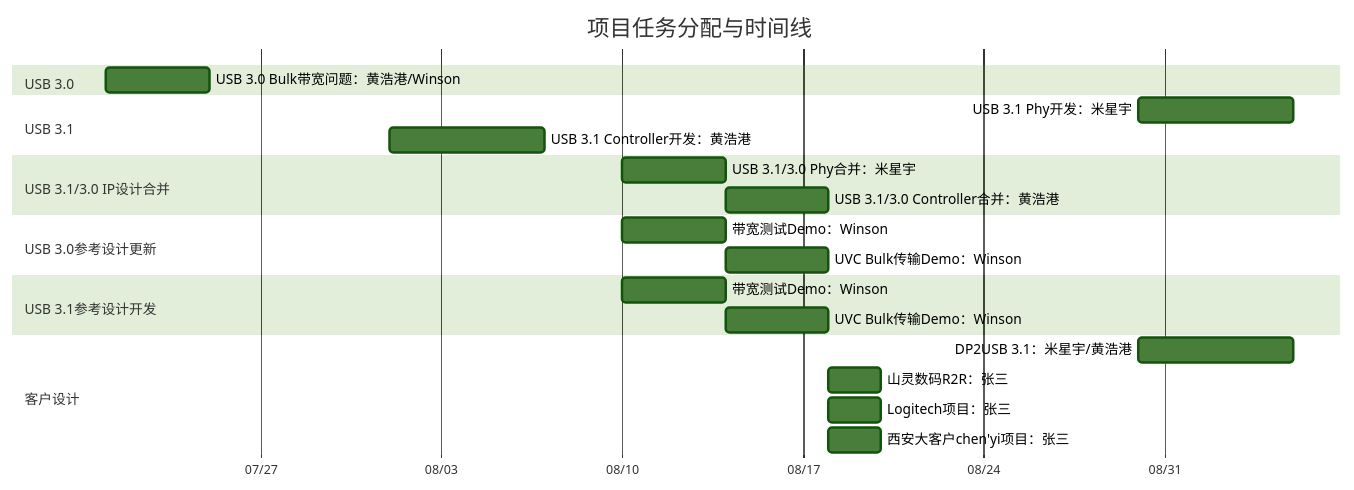
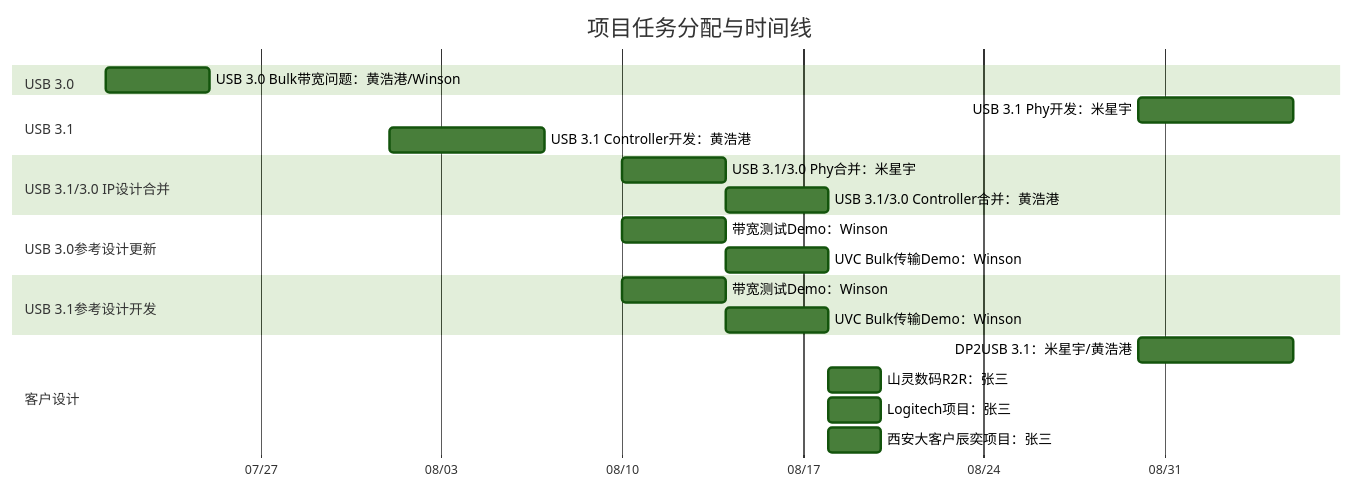
The diagram in all/未命名.md (winsonbook/iodraw-files), drawn with Mermaid (forest theme) before and after one commit.

Commit message:
2025-07-21 10:06:31 update

````diff
--- a/all/未命名.md
+++ b/all/未命名.md
@@ -1,34 +1,34 @@
 ```mermaid
 gantt
     title 项目任务分配与时间线
     dateFormat  YYYY-MM-DD
     axisFormat  %m/%d
 
     section USB 3.0
     USB 3.0 Bulk带宽问题：黄浩港/Winson   :    task1, 2025-07-21, 4d
 
     section USB 3.1
     USB 3.1 Phy开发：米星宇      :         task2, 2025-08-30, 6d
     USB 3.1 Controller开发：黄浩港      :  task3, 2025-08-01, 6d
 
     section Meta项目
 
 
     section USB 3.1/3.0 IP设计合并
     USB 3.1/3.0 Phy合并：米星宇       :    task5, 2025-08-10, 4d
     USB 3.1/3.0 Controller合并：黄浩港:    task6, 2025-08-14, 4d
 
     section USB 3.0参考设计更新
     带宽测试Demo：Winson       :         task7, 2025-08-10, 4d
     UVC Bulk传输Demo：Winson   :        task8, 2025-08-14, 4d
 
     section USB 3.1参考设计开发
     带宽测试Demo：Winson       :         task9, 2025-08-10, 4d
     UVC Bulk传输Demo：Winson   :         task19, 2025-08-14, 4d
 
     section 客户设计
     DP2USB 3.1：米星宇/黄浩港      :         task4, 2025-08-30, 6d
     山灵数码R2R：张三 :         task8, 2025-08-18, 2d
     Logitech项目：张三 :         task8, 2025-08-18, 2d
-    西安大客户chen'yi项目：张三 :         task8, 2025-08-18, 2d
+    西安大客户辰奕项目：张三 :         task8, 2025-08-18, 2d
 ```
````
